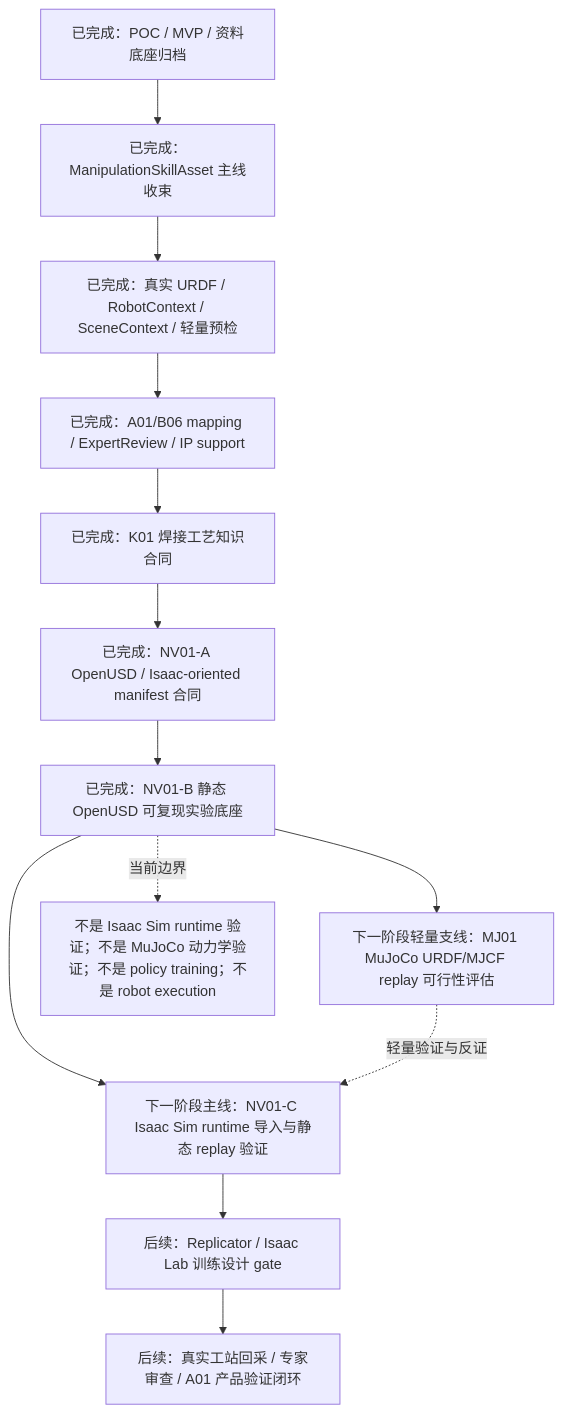
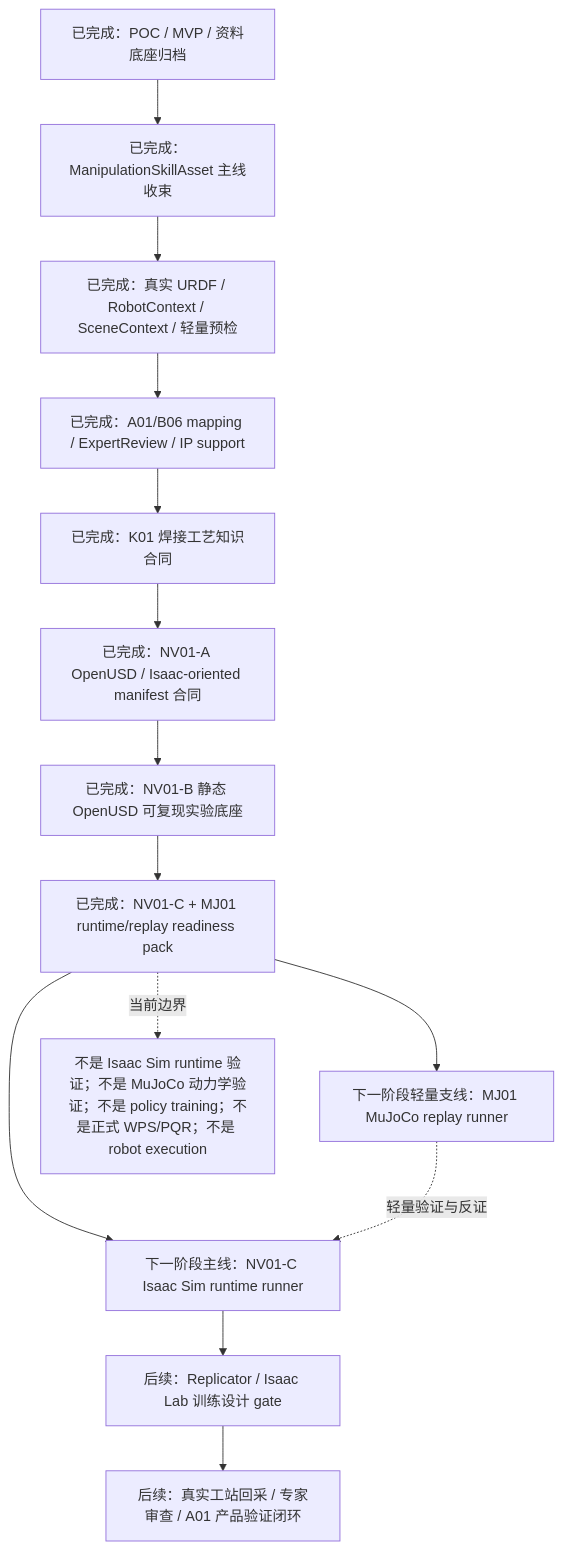
One commit to LloydS827/A02-WeldingPlatform changed the diagram in README.md. Above: the diagram before and after it, drawn with Mermaid. The commit also changed other lines of this file and 10 other files, not shown here.

Commit message:
feat: add nv01-c mj01 readiness pack

````diff
--- a/README.md
+++ b/README.md
@@ -54,16 +54,17 @@
 ```mermaid
 flowchart TD
     A["已完成：POC / MVP / 资料底座归档"] --> B["已完成：ManipulationSkillAsset 主线收束"]
     B --> C["已完成：真实 URDF / RobotContext / SceneContext / 轻量预检"]
     C --> D["已完成：A01/B06 mapping / ExpertReview / IP support"]
     D --> E["已完成：K01 焊接工艺知识合同"]
     E --> F["已完成：NV01-A OpenUSD / Isaac-oriented manifest 合同"]
     F --> G["已完成：NV01-B 静态 OpenUSD 可复现实验底座"]
-    G --> H["下一阶段主线：NV01-C Isaac Sim runtime 导入与静态 replay 验证"]
-    G --> M["下一阶段轻量支线：MJ01 MuJoCo URDF/MJCF replay 可行性评估"]
+    G --> R["已完成：NV01-C + MJ01 runtime/replay readiness pack"]
+    R --> H["下一阶段主线：NV01-C Isaac Sim runtime runner"]
+    R --> M["下一阶段轻量支线：MJ01 MuJoCo replay runner"]
     M -.轻量验证与反证.-> H
     H --> I["后续：Replicator / Isaac Lab 训练设计 gate"]
     I --> J["后续：真实工站回采 / 专家审查 / A01 产品验证闭环"]
 
-    G -.当前边界.-> X["不是 Isaac Sim runtime 验证；不是 MuJoCo 动力学验证；不是 policy training；不是 robot execution"]
+    R -.当前边界.-> X["不是 Isaac Sim runtime 验证；不是 MuJoCo 动力学验证；不是 policy training；不是正式 WPS/PQR；不是 robot execution"]
 ```
````
